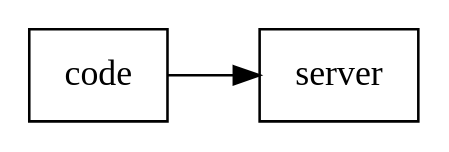
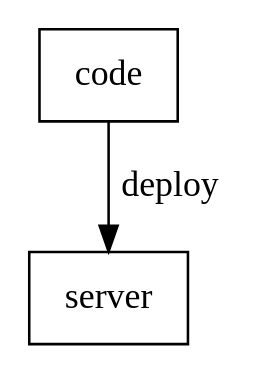
The first of 2 diagrams in source/deploy.md (nirname/notes), drawn with Graphviz before and after one commit. The commit also changed other lines of this file and 1 other file, not shown here.

````diff
--- a/source/deploy.md
+++ b/source/deploy.md
@@ -17,7 +17,6 @@
 ```dot
 digraph {
-    rankdir=LR;
     node[shape=rect];
-    code -> server
+    code -> server [label="deploy"];
 }
 ```
````
